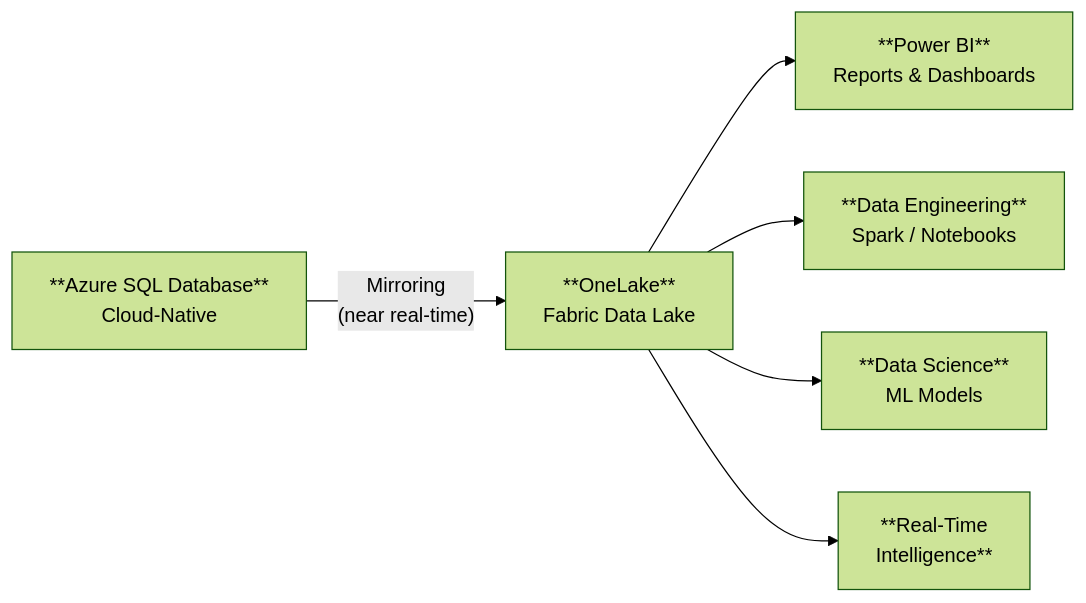
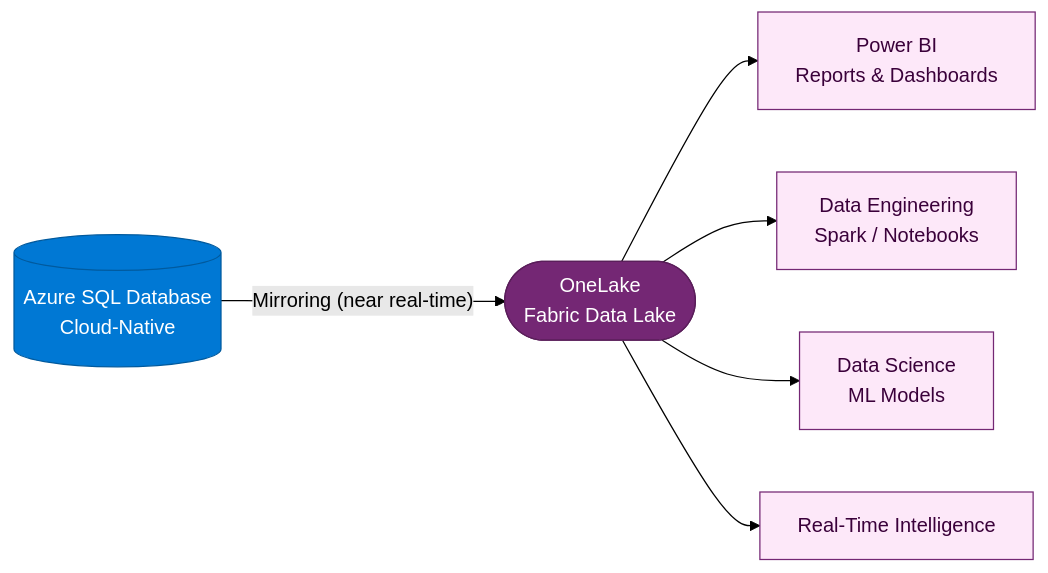
The first of 2 diagrams in site/src/content/docs/horizons/h2-fabric.md (jonathan-vella/build-test), drawn with Mermaid (forest theme) before and after one commit. The commit also changed other lines of this file and 11 other files, not shown here.

````diff
--- a/site/src/content/docs/horizons/h2-fabric.md
+++ b/site/src/content/docs/horizons/h2-fabric.md
@@ -26,8 +26,17 @@
 ```mermaid
 graph LR
-  SQLDB["**Azure SQL Database**<br/>Cloud-Native"] -->|"Mirroring<br/>(near real-time)"| ONELAKE["**OneLake**<br/>Fabric Data Lake"]
-  ONELAKE --> PBI["**Power BI**<br/>Reports & Dashboards"]
-  ONELAKE --> ENG["**Data Engineering**<br/>Spark / Notebooks"]
-  ONELAKE --> SCI["**Data Science**<br/>ML Models"]
-  ONELAKE --> RTI["**Real-Time<br/>Intelligence**"]
+  classDef azure   fill:#0078d4,stroke:#005a9e,color:#fff
+  classDef onelake fill:#742774,stroke:#5a1e5a,color:#fff
+  classDef bi      fill:#fde8f9,stroke:#742774,color:#3a003a
+  SQLDB[("Azure SQL Database<br/>Cloud-Native")]:::azure
+  ONELAKE(["OneLake<br/>Fabric Data Lake"]):::onelake
+  PBI["Power BI<br/>Reports & Dashboards"]:::bi
+  ENG["Data Engineering<br/>Spark / Notebooks"]:::bi
+  SCI["Data Science<br/>ML Models"]:::bi
+  RTI["Real-Time Intelligence"]:::bi
+  SQLDB -->|"Mirroring (near real-time)"| ONELAKE
+  ONELAKE --> PBI
+  ONELAKE --> ENG
+  ONELAKE --> SCI
+  ONELAKE --> RTI
 ```
````
